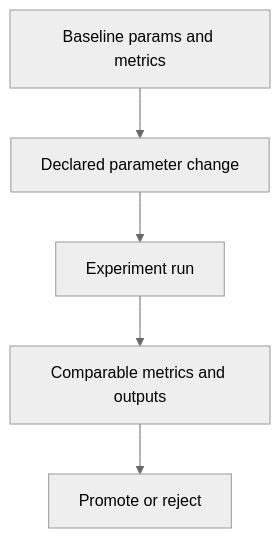
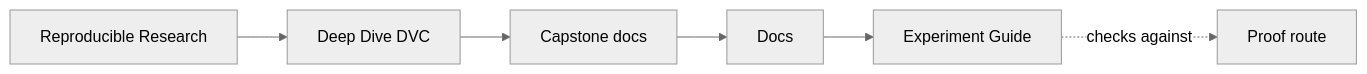
Before and after one commit to bijux/bijux-masterclass: the first of 2 diagrams in programs/reproducible-research/deep-dive-dvc/capstone/docs/experiment-guide.md, drawn with Mermaid (neutral theme). The commit also changed other lines of this file and 90 other files, not shown here.

Commit message:
docs(deep-dive-dvc): map publication and recovery review surfaces

````diff
--- a/programs/reproducible-research/deep-dive-dvc/capstone/docs/experiment-guide.md
+++ b/programs/reproducible-research/deep-dive-dvc/capstone/docs/experiment-guide.md
@@ -6,10 +6,12 @@
 ```mermaid
-graph TD
-  baseline["Baseline params and metrics"]
-  change["Declared parameter change"]
-  run["Experiment run"]
-  compare["Comparable metrics and outputs"]
-  decision["Promote or reject"]
+graph LR
+  family["Reproducible Research"]
+  program["Deep Dive DVC"]
+  guide["Capstone docs"]
+  section["Docs"]
+  page["Experiment Guide"]
+  proof["Proof route"]
 
-  baseline --> change --> run --> compare --> decision
+  family --> program --> guide --> section --> page
+  page -.checks against.-> proof
 ```
````
